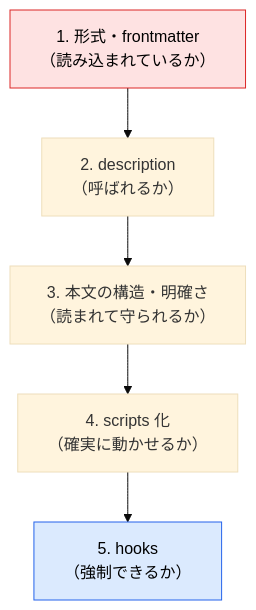
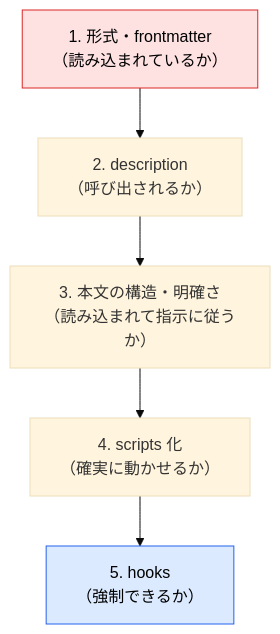
Before and after one commit to takuma39/ai: the third of 3 diagrams in contents/24_skills/05_testing-troubleshooting.md, drawn with Mermaid (base theme). The commit also changed other lines of this file and 26 other files, not shown here.

First line of the commit message:
Add Mermaid configuration and skills guide PDF

````diff
--- a/contents/24_skills/05_testing-troubleshooting.md
+++ b/contents/24_skills/05_testing-troubleshooting.md
@@ -151,10 +151,10 @@
 ```mermaid
 flowchart TD
-    A["1. 形式・frontmatter<br/>（読み込まれているか）"] --> B["2. description<br/>（呼ばれるか）"]
-    B --> C["3. 本文の構造・明確さ<br/>（読まれて守られるか）"]
+    A["1. 形式・frontmatter<br/>（読み込まれているか）"] --> B["2. description<br/>（呼び出されるか）"]
+    B --> C["3. 本文の構造・明確さ<br/>（読み込まれて指示に従うか）"]
     C --> D["4. scripts 化<br/>（確実に動かせるか）"]
     D --> E["5. hooks<br/>（強制できるか）"]
 
     style A fill:#fee2e2,stroke:#dc2626,color:#000
     style E fill:#dbeafe,stroke:#2563eb,color:#000
 ```
````
